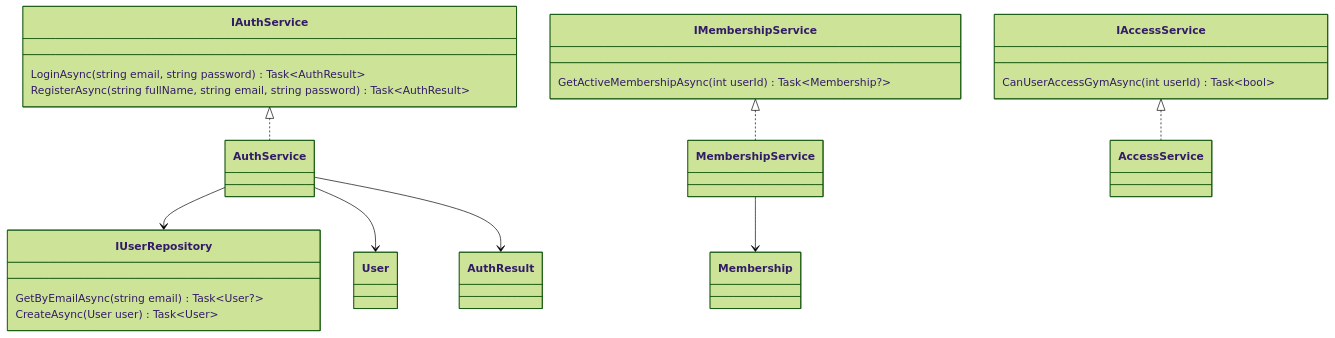
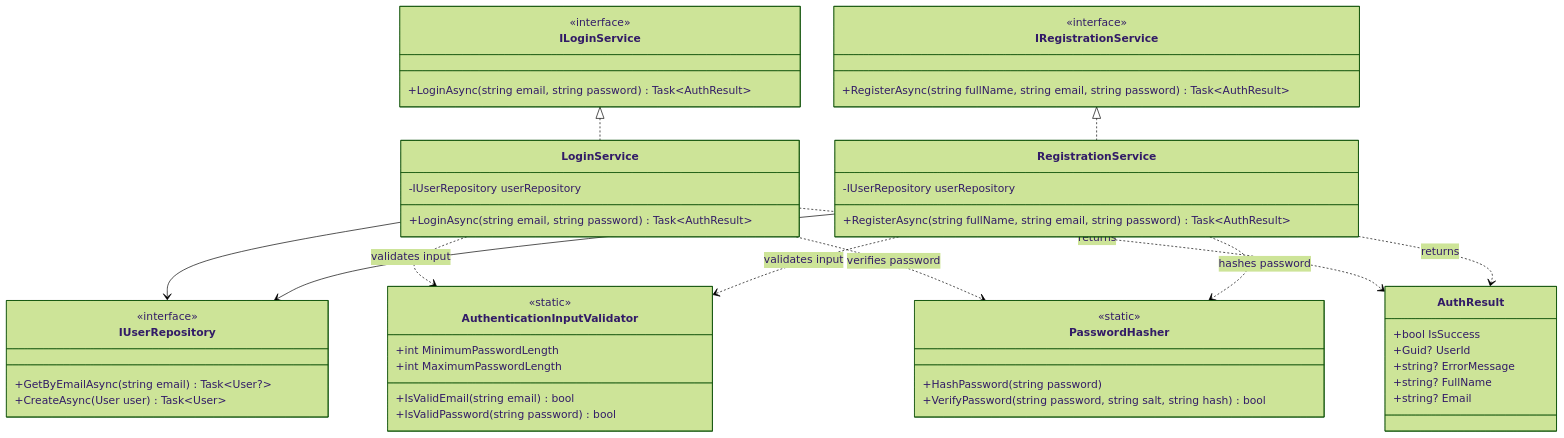
Before and after one commit to StefanKosev1/FitTrack: the second of 8 diagrams in docs/current-structure.md, drawn with Mermaid (forest theme). The commit also changed other lines of this file and 28 other files, not shown here.

````diff
--- a/docs/current-structure.md
+++ b/docs/current-structure.md
@@ -161,33 +125,61 @@
 ```mermaid
 classDiagram
-    class IAuthService {
-        LoginAsync(string email, string password) Task~AuthResult~
-        RegisterAsync(string fullName, string email, string password) Task~AuthResult~
+    class ILoginService {
+        <<interface>>
+        +LoginAsync(string email, string password) Task~AuthResult~
     }
 
-    class AuthService
-    IAuthService <|.. AuthService
-    AuthService --> IUserRepository
-    AuthService --> User
-    AuthService --> AuthResult
+    class IRegistrationService {
+        <<interface>>
+        +RegisterAsync(string fullName, string email, string password) Task~AuthResult~
+    }
+
+    class LoginService {
+        -IUserRepository userRepository
+        +LoginAsync(string email, string password) Task~AuthResult~
+    }
+
+    class RegistrationService {
+        -IUserRepository userRepository
+        +RegisterAsync(string fullName, string email, string password) Task~AuthResult~
+    }
+
+    class AuthenticationInputValidator {
+        <<static>>
+        +int MinimumPasswordLength
+        +int MaximumPasswordLength
+        +IsValidEmail(string email) bool
+        +IsValidPassword(string password) bool
+    }
+
+    class PasswordHasher {
+        <<static>>
+        +HashPassword(string password)
+        +VerifyPassword(string password, string salt, string hash) bool
+    }
 
     class IUserRepository {
-        GetByEmailAsync(string email) Task~User?~
-        CreateAsync(User user) Task~User~
+        <<interface>>
+        +GetByEmailAsync(string email) Task~User?~
+        +CreateAsync(User user) Task~User~
     }
 
-    class IMembershipService {
-        GetActiveMembershipAsync(int userId) Task~Membership?~
+    class AuthResult {
+        +bool IsSuccess
+        +Guid? UserId
+        +string? ErrorMessage
+        +string? FullName
+        +string? Email
     }
 
-    class MembershipService
-    IMembershipService <|.. MembershipService
-    MembershipService --> Membership
-
-    class IAccessService {
-        CanUserAccessGymAsync(int userId) Task~bool~
-    }
-
-    class AccessService
-    IAccessService <|.. AccessService
+    ILoginService <|.. LoginService
+    IRegistrationService <|.. RegistrationService
+    LoginService --> IUserRepository
+    RegistrationService --> IUserRepository
+    LoginService ..> AuthenticationInputValidator : validates input
+    RegistrationService ..> AuthenticationInputValidator : validates input
+    LoginService ..> PasswordHasher : verifies password
+    RegistrationService ..> PasswordHasher : hashes password
+    LoginService ..> AuthResult : returns
+    RegistrationService ..> AuthResult : returns
 ```
````
